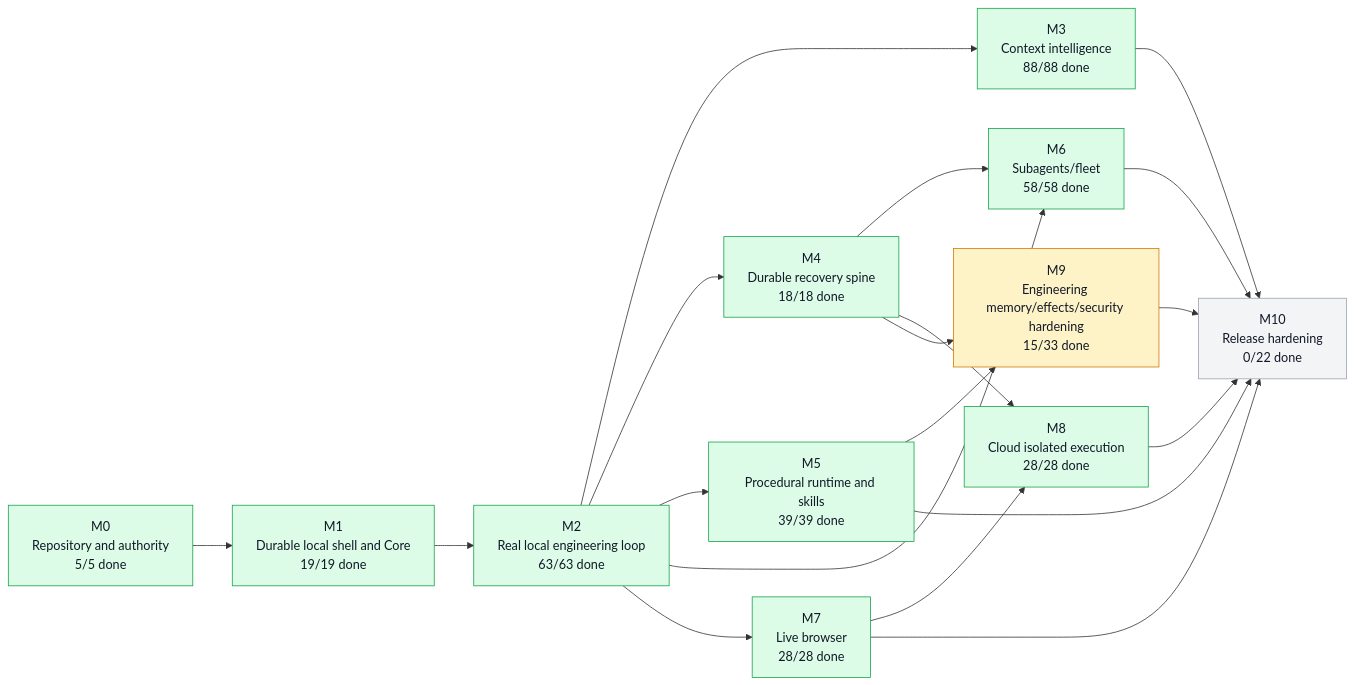
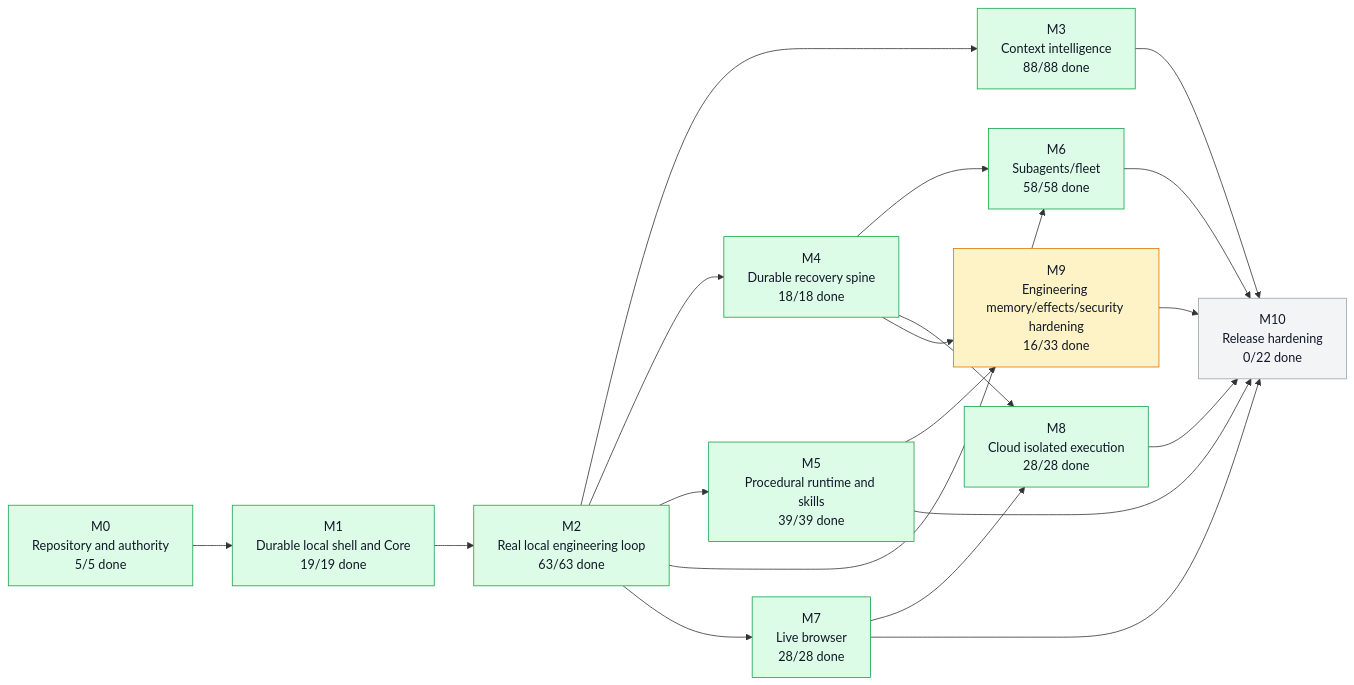
The first of 5 diagrams in graph/PROJECT_GRAPH.md (moss101/modbit), drawn with Mermaid before and after one commit. The commit also changed other lines of this file and 5 other files, not shown here.

````diff
--- a/graph/PROJECT_GRAPH.md
+++ b/graph/PROJECT_GRAPH.md
@@ -57,43 +57,43 @@
 ```mermaid
 flowchart LR
   M0["M0<br/>Repository and authority<br/>5/5 done"]
   M1["M1<br/>Durable local shell and Core<br/>19/19 done"]
   M2["M2<br/>Real local engineering loop<br/>63/63 done"]
   M3["M3<br/>Context intelligence<br/>88/88 done"]
   M4["M4<br/>Durable recovery spine<br/>18/18 done"]
   M5["M5<br/>Procedural runtime and skills<br/>39/39 done"]
   M6["M6<br/>Subagents/fleet<br/>58/58 done"]
   M7["M7<br/>Live browser<br/>28/28 done"]
   M8["M8<br/>Cloud isolated execution<br/>28/28 done"]
-  M9["M9<br/>Engineering memory/effects/security hardening<br/>15/33 done"]
+  M9["M9<br/>Engineering memory/effects/security hardening<br/>16/33 done"]
   M10["M10<br/>Release hardening<br/>0/22 done"]
   M0 --> M1
   M1 --> M2
   M2 --> M3
   M2 --> M4
   M2 --> M5
   M2 --> M6
   M4 --> M6
   M2 --> M7
   M4 --> M8
   M7 --> M8
   M4 --> M9
   M5 --> M9
   M3 --> M10
   M5 --> M10
   M6 --> M10
   M7 --> M10
   M8 --> M10
   M9 --> M10
   style M0 fill:#dcfce7,stroke:#16a34a,color:#111827
   style M1 fill:#dcfce7,stroke:#16a34a,color:#111827
   style M2 fill:#dcfce7,stroke:#16a34a,color:#111827
   style M3 fill:#dcfce7,stroke:#16a34a,color:#111827
   style M4 fill:#dcfce7,stroke:#16a34a,color:#111827
   style M5 fill:#dcfce7,stroke:#16a34a,color:#111827
   style M6 fill:#dcfce7,stroke:#16a34a,color:#111827
   style M7 fill:#dcfce7,stroke:#16a34a,color:#111827
   style M8 fill:#dcfce7,stroke:#16a34a,color:#111827
   style M9 fill:#fef3c7,stroke:#d97706,color:#111827
   style M10 fill:#f3f4f6,stroke:#9ca3af,color:#111827
 ```
````
